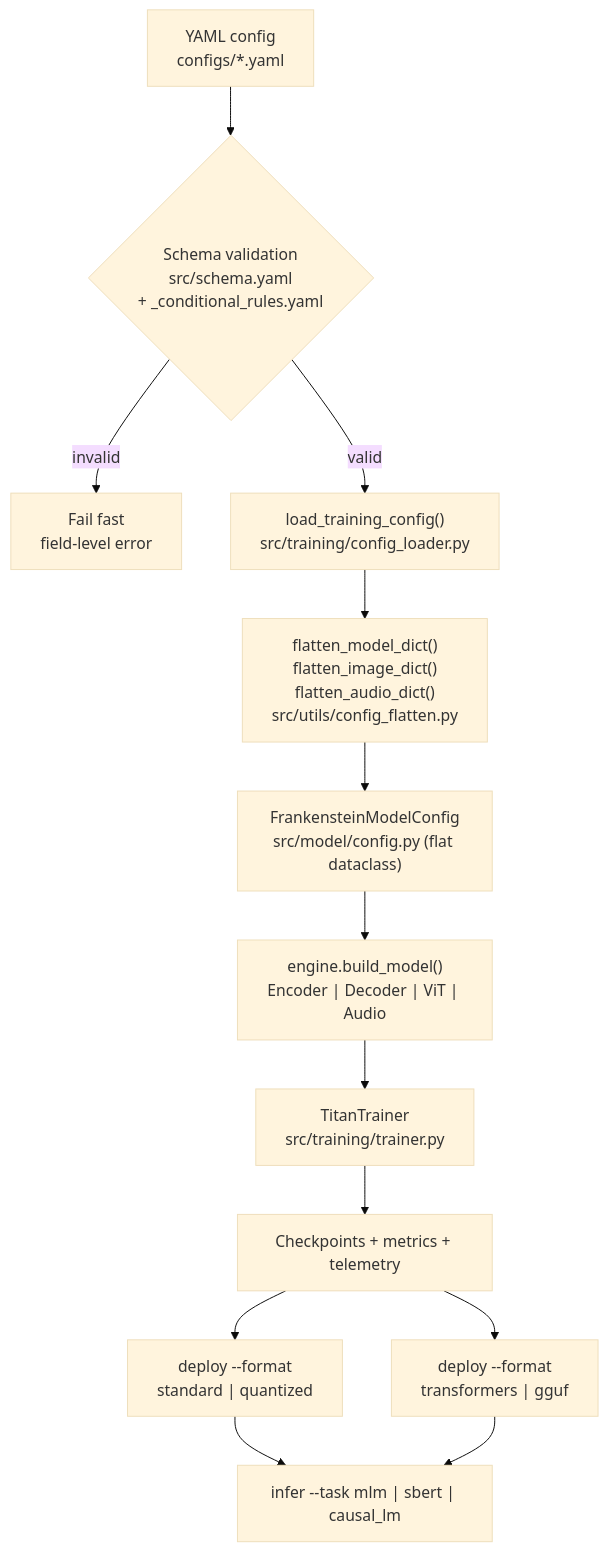
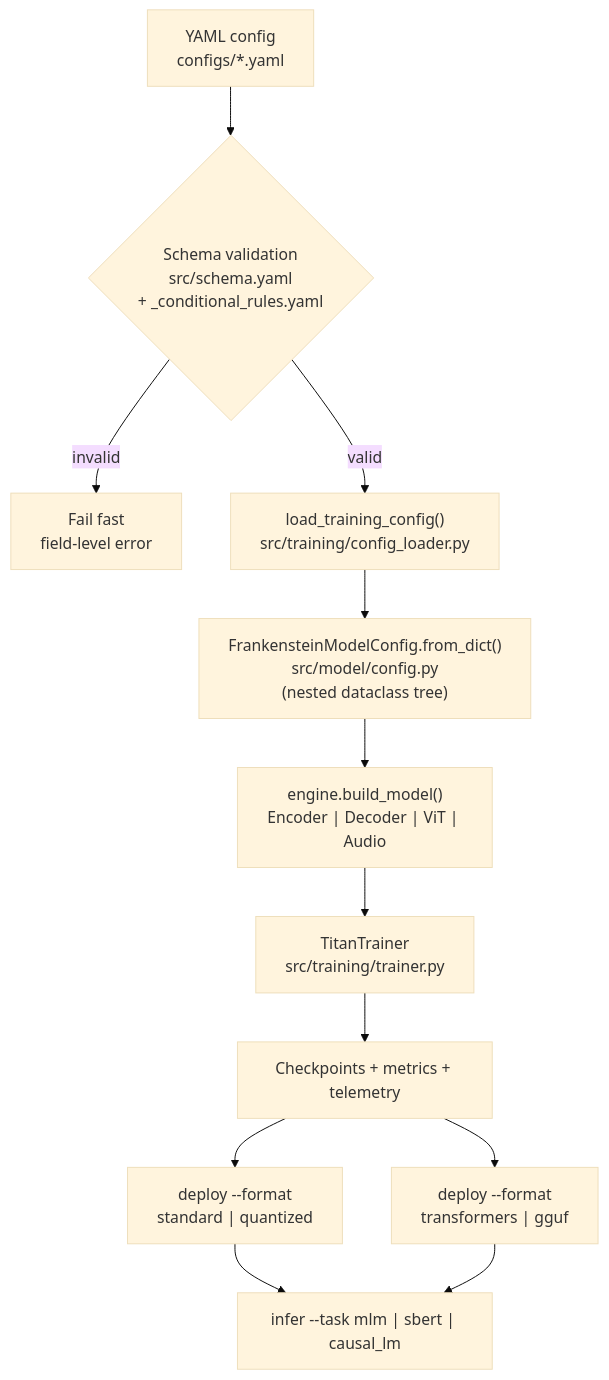
Before and after one commit to erickfmm/erickfmm.github.io: the first of 5 diagrams in frankenstein-transformer/paper/specs/architecture.md, drawn with Mermaid (base theme). The commit also changed other lines of this file and 33 other files, not shown here.

````diff
--- a/frankenstein-transformer/paper/specs/architecture.md
+++ b/frankenstein-transformer/paper/specs/architecture.md
@@ -45,15 +45,14 @@
 ```mermaid
 flowchart TD
     Y["YAML config<br/>configs/*.yaml"] --> V{"Schema validation<br/>src/schema.yaml<br/>+ _conditional_rules.yaml"}
     V -- invalid --> E["Fail fast<br/>field-level error"]
     V -- valid --> L["load_training_config()<br/>src/training/config_loader.py"]
-    L --> F["flatten_model_dict()<br/>flatten_image_dict()<br/>flatten_audio_dict()<br/>src/utils/config_flatten.py"]
-    F --> C["FrankensteinModelConfig<br/>src/model/config.py (flat dataclass)"]
+    L --> C["FrankensteinModelConfig.from_dict()<br/>src/model/config.py<br/>(nested dataclass tree)"]
     C --> B["engine.build_model()<br/>Encoder | Decoder | ViT | Audio"]
     B --> T["TitanTrainer<br/>src/training/trainer.py"]
     T --> K["Checkpoints + metrics + telemetry"]
     K --> D["deploy --format<br/>standard | quantized"]
     K --> X["deploy --format<br/>transformers | gguf"]
     D --> I["infer --task mlm | sbert | causal_lm"]
     X --> I
 ```
````
